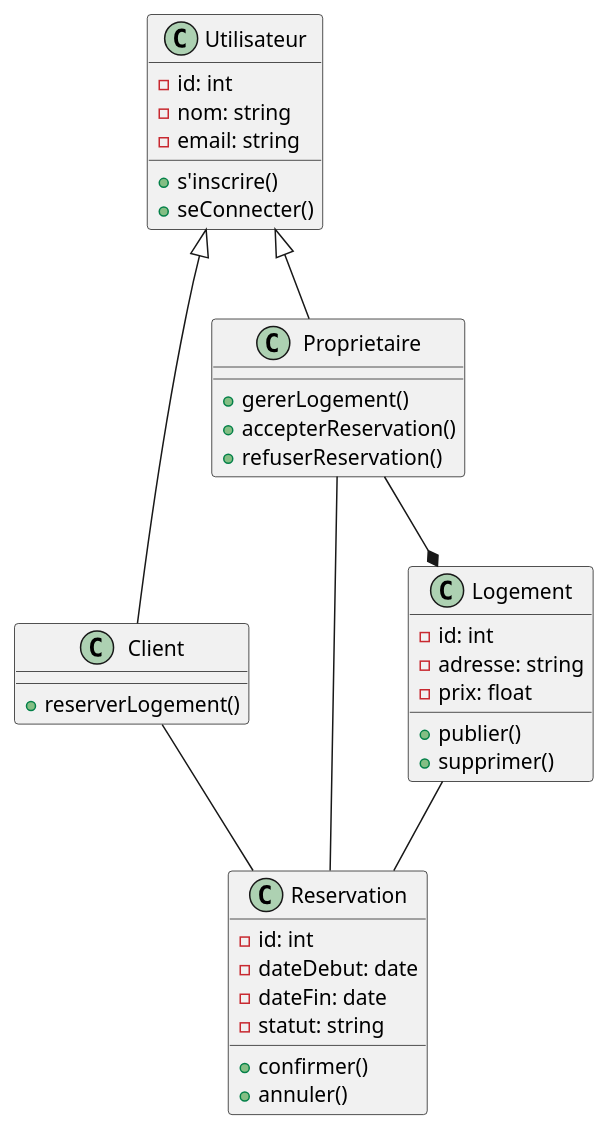
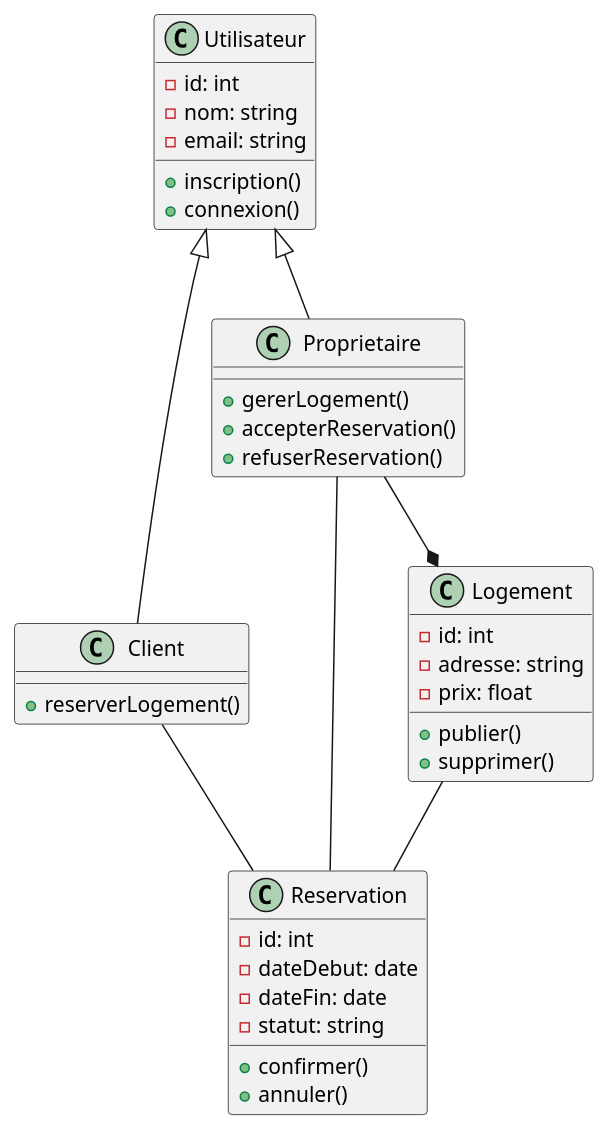
Before and after one commit to StonksInd/UML: the diagram in Classe.puml, drawn with PlantUML. The commit also changed 3 other files, not shown here.

```diff
--- a/Classe.puml
+++ b/Classe.puml
@@ -1,47 +1,47 @@
 @startuml Airbnb
 ' Diagramme de classes
 class Utilisateur {
   -id: int
   -nom: string
   -email: string
-  +s'inscrire()
-  +seConnecter()
+  +inscription()
+  +connexion()
 }
 
 class Client {
   +reserverLogement()
 }
 
 class Proprietaire {
   +gererLogement()
   +accepterReservation()
   +refuserReservation()
 }
 
 class Reservation {
   -id: int
   -dateDebut: date
   -dateFin: date
   -statut: string
   +confirmer()
   +annuler()
 }
 
 class Logement {
   -id: int
   -adresse: string
   -prix: float
   +publier()
   +supprimer()
 }
 
 
 
 
 Utilisateur <|-- Client
 Utilisateur <|-- Proprietaire
 Proprietaire --* Logement
 Client -- Reservation
 Proprietaire -- Reservation
 Logement -- Reservation
 @enduml
```
